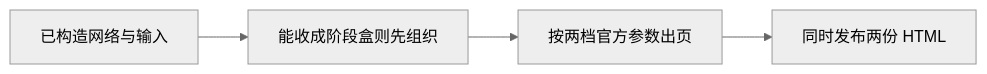
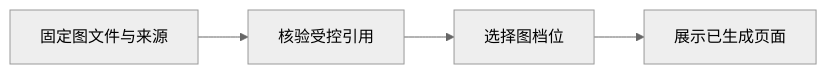
One commit to qweaxdzsc/AI4E_dojo changed the second of 2 diagrams in docs/PRD/ai4e-viz/inspect/PRD.md. Above: the diagram before and after it, drawn with Mermaid (neutral theme). The commit also changed other lines of this file and 1030 other files, not shown here.

````diff
--- a/docs/PRD/ai4e-viz/inspect/PRD.md
+++ b/docs/PRD/ai4e-viz/inspect/PRD.md
@@ -52,4 +52,4 @@
 ```mermaid
 flowchart LR
-  A[已构造网络与输入] --> B[能收成阶段盒则先组织] --> C[按两档官方参数出页] --> D[同时发布两份 HTML]
+  A[固定图文件与来源] --> B[核验受控引用] --> C[选择图档位] --> D[展示已生成页面]
 ```
````
